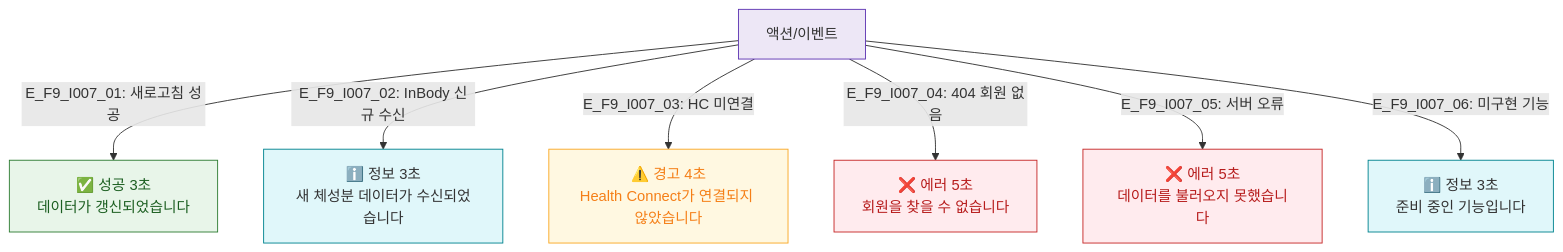
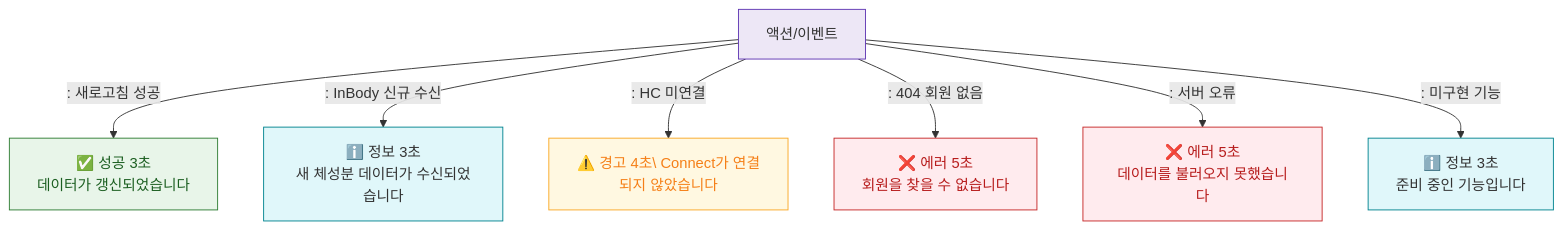
One commit to dev-spogym/admin-pando changed the diagram in docs/다이어그램/D11_통합운영/SCR-I007_회원건강연동요약/F9_토스트.md. Above: the diagram before and after it, drawn with Mermaid. The commit also changed other lines of this file and 1660 other files, not shown here.

First line of the commit message:
다이어그램: 기획자/클라이언트 납품본으로 정리

````diff
--- a/docs/다이어그램/D11_통합운영/SCR-I007_회원건강연동요약/F9_토스트.md
+++ b/docs/다이어그램/D11_통합운영/SCR-I007_회원건강연동요약/F9_토스트.md
@@ -16,21 +14,21 @@
 ```mermaid
 flowchart TD
     ACTIONS[액션/이벤트]
-    ACTIONS -->|"E_F9_I007_01: 새로고침 성공"| T_OK1[✅ 성공 3초\n데이터가 갱신되었습니다]
-    ACTIONS -->|"E_F9_I007_02: InBody 신규 수신"| T_INFO1[ℹ️ 정보 3초\n새 체성분 데이터가 수신되었습니다]
-    ACTIONS -->|"E_F9_I007_03: HC 미연결"| T_WARN1[⚠️ 경고 4초\nHealth Connect가 연결되지 않았습니다]
-    ACTIONS -->|"E_F9_I007_04: 404 회원 없음"| T_ERR1[❌ 에러 5초\n회원을 찾을 수 없습니다]
-    ACTIONS -->|"E_F9_I007_05: 서버 오류"| T_ERR2[❌ 에러 5초\n데이터를 불러오지 못했습니다]
-    ACTIONS -->|"E_F9_I007_06: 미구현 기능"| T_INFO2[ℹ️ 정보 3초\n준비 중인 기능입니다]
+    ACTIONS -->|": 새로고침 성공"|T_OK1[✅ 성공 3초\n데이터가 갱신되었습니다]
+    ACTIONS -->|": InBody 신규 수신"|T_INFO1[ℹ️ 정보 3초\n새 체성분 데이터가 수신되었습니다]
+    ACTIONS -->|": HC 미연결"|T_WARN1[⚠️ 경고 4초\ Connect가 연결되지 않았습니다]
+    ACTIONS -->|": 404 회원 없음"|T_ERR1[❌ 에러 5초\n회원을 찾을 수 없습니다]
+    ACTIONS -->|": 서버 오류"|T_ERR2[❌ 에러 5초\n데이터를 불러오지 못했습니다]
+    ACTIONS -->|": 미구현 기능"|T_INFO2[ℹ️ 정보 3초\n준비 중인 기능입니다]
 
-    classDef success      fill:#E8F5E9,stroke:#2E7D32,color:#1B5E20
-    classDef info         fill:#E0F7FA,stroke:#00838F
-    classDef warning      fill:#FFF8E1,stroke:#F9A825,color:#F57F17
-    classDef error        fill:#FFEBEE,stroke:#C62828,color:#B71C1C
-    classDef system       fill:#EDE7F6,stroke:#5E35B2
+    classDef success fill:#E8F5E9,stroke:#2E7D32,color:#1B5E20
+    classDef info fill:#E0F7FA,stroke:#00838F
+    classDef warning fill:#FFF8E1,stroke:#F9A825,color:#F57F17
+    classDef error fill:#FFEBEE,stroke:#C62828,color:#B71C1C
+    classDef system fill:#EDE7F6,stroke:#5E35B2
     class T_OK1 success
     class T_INFO1,T_INFO2 info
     class T_WARN1 warning
     class T_ERR1,T_ERR2 error
     class ACTIONS system
 ```
````
